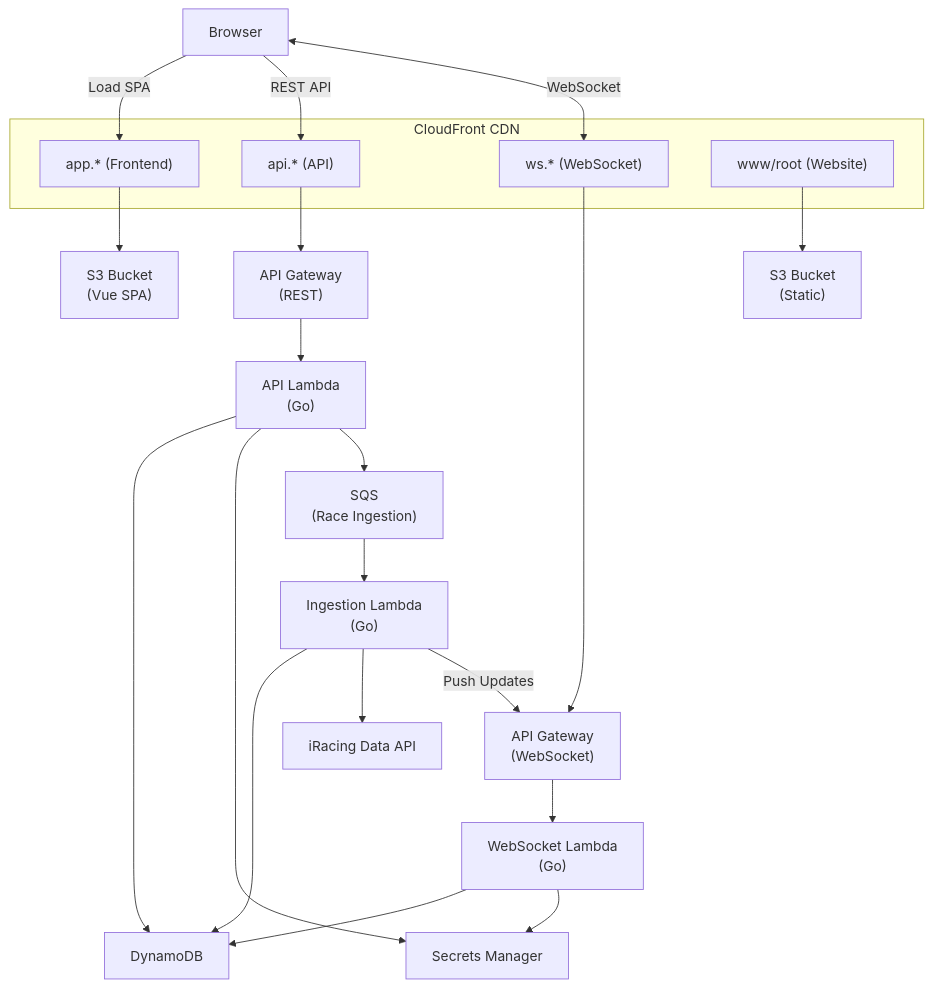
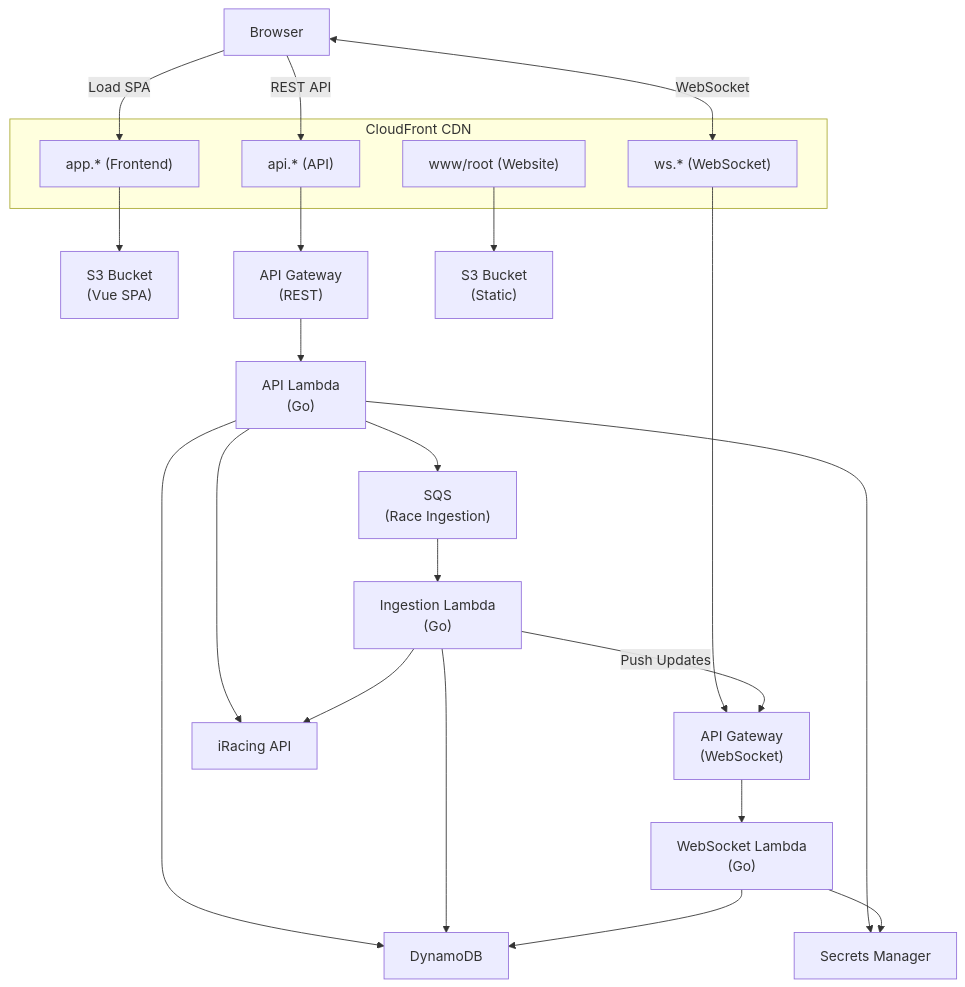
The diagram in README.md (jonsabados/saturdaysspinout), drawn with Mermaid before and after one commit. The commit also changed 85 other files, not shown here.

````diff
--- a/README.md
+++ b/README.md
@@ -21,34 +21,35 @@
 ```mermaid
 flowchart TB
     Browser["Browser"]
 
     Browser -->|"Load SPA"| CF1
     Browser -->|"REST API"| CF2
     Browser <-->|"WebSocket"| CF4
 
     subgraph CloudFront["CloudFront CDN"]
         CF1["app.* (Frontend)"]
         CF2["api.* (API)"]
         CF3["www/root (Website)"]
         CF4["ws.* (WebSocket)"]
     end
 
     CF1 --> S3_SPA["S3 Bucket<br/>(Vue SPA)"]
     CF2 --> APIGW["API Gateway<br/>(REST)"]
     CF3 --> S3_Static["S3 Bucket<br/>(Static)"]
     CF4 --> WS_APIGW
 
     APIGW --> Lambda["API Lambda<br/>(Go)"]
     Lambda --> DynamoDB["DynamoDB"]
     Lambda --> SecretsManager["Secrets Manager"]
     Lambda --> SQS["SQS<br/>(Race Ingestion)"]
+    Lambda --> iRacingAPI["iRacing API"]
 
     SQS --> IngestionLambda["Ingestion Lambda<br/>(Go)"]
     IngestionLambda --> DynamoDB
-    IngestionLambda --> iRacingAPI["iRacing Data API"]
+    IngestionLambda --> iRacingAPI
     IngestionLambda -->|"Push Updates"| WS_APIGW
 
     WS_APIGW["API Gateway<br/>(WebSocket)"] --> WS_Lambda["WebSocket Lambda<br/>(Go)"]
     WS_Lambda --> DynamoDB
     WS_Lambda --> SecretsManager
 ```
````
